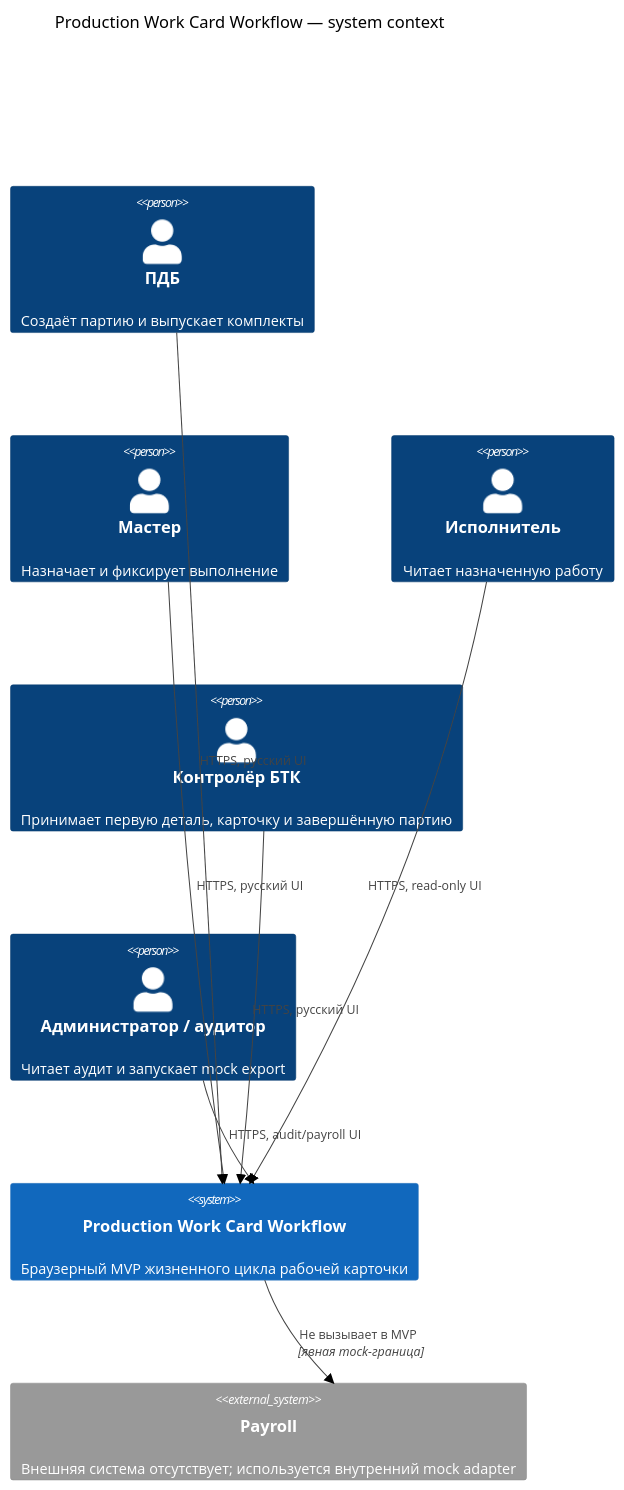
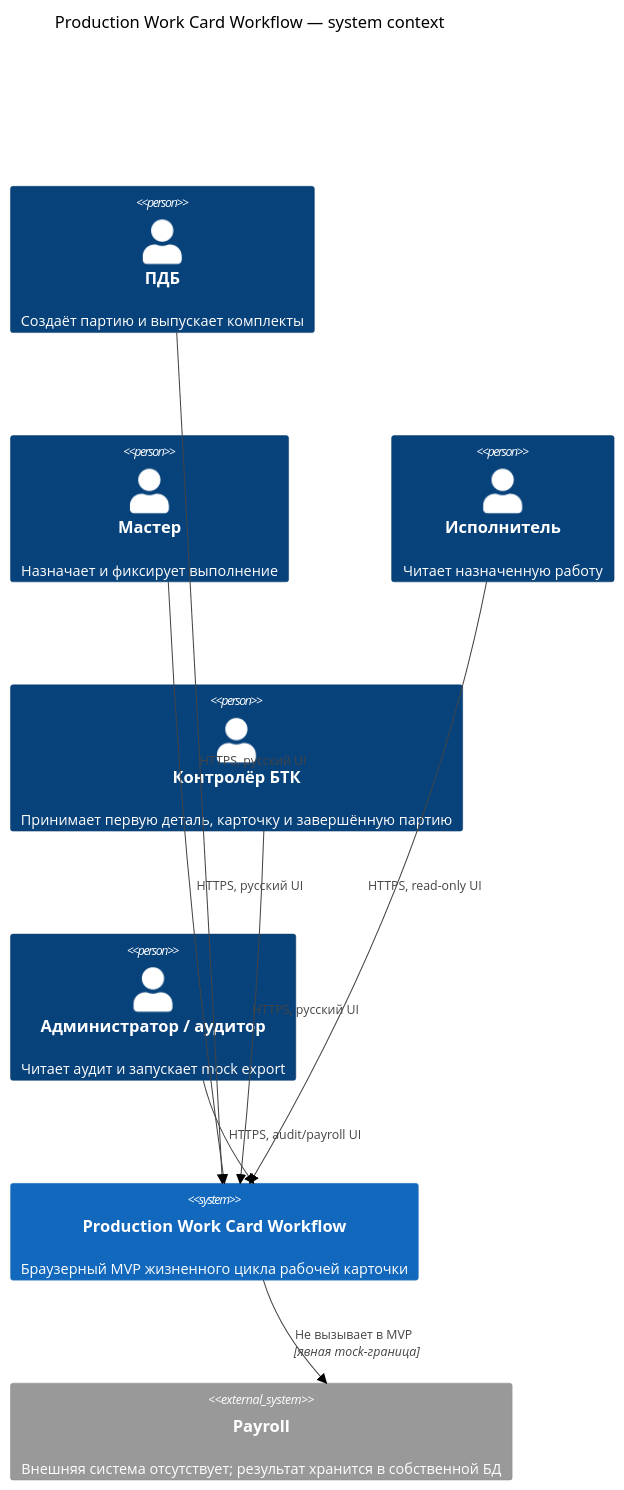
One commit to AI-shoks/WorkCard-Lifecycle changed the first of 3 diagrams in WorkCard-Lifecycle/docs/architecture/system-context.md. Above: the diagram before and after it, drawn with Mermaid (forest theme). The commit also changed other lines of this file and 50 other files, not shown here.

````diff
--- a/WorkCard-Lifecycle/docs/architecture/system-context.md
+++ b/WorkCard-Lifecycle/docs/architecture/system-context.md
@@ -15,18 +15,18 @@
 ```mermaid
 C4Context
     title Production Work Card Workflow — system context
     Person(planner, "ПДБ", "Создаёт партию и выпускает комплекты")
     Person(master, "Мастер", "Назначает и фиксирует выполнение")
     Person(worker, "Исполнитель", "Читает назначенную работу")
     Person(qc, "Контролёр БТК", "Принимает первую деталь, карточку и завершённую партию")
     Person(admin, "Администратор / аудитор", "Читает аудит и запускает mock export")
     System(system, "Production Work Card Workflow", "Браузерный MVP жизненного цикла рабочей карточки")
-    System_Ext(payroll, "Payroll", "Внешняя система отсутствует; используется внутренний mock adapter")
+    System_Ext(payroll, "Payroll", "Внешняя система отсутствует; результат хранится в собственной БД")
 
     Rel(planner, system, "HTTPS, русский UI")
     Rel(master, system, "HTTPS, русский UI")
     Rel(worker, system, "HTTPS, read-only UI")
     Rel(qc, system, "HTTPS, русский UI")
     Rel(admin, system, "HTTPS, audit/payroll UI")
     Rel(system, payroll, "Не вызывает в MVP", "явная mock-граница")
 ```
````
